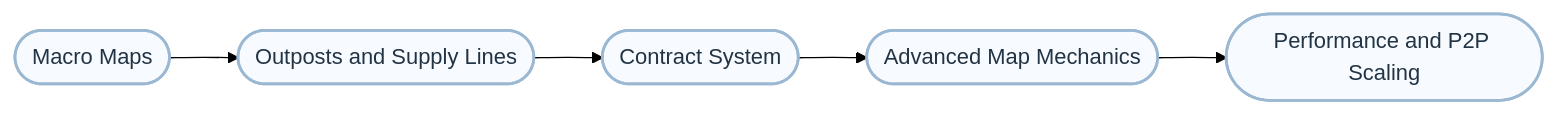
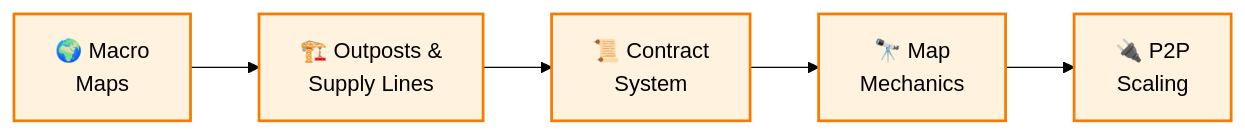
Before and after one commit to Bella-Addormentata/StarStationFurlong: the fifth of 6 diagrams in ROADMAP.md, drawn with Mermaid (forest theme). The commit also changed other lines of this file, not shown here.

Commit message:
style(roadmap): modernize visual design and improve readability

````diff
--- a/ROADMAP.md
+++ b/ROADMAP.md
@@ -130,8 +157,13 @@
 ```mermaid
-flowchart LR
-    classDef future fill:#f7fbff,stroke:#9bb8d3,stroke-width:2px,color:#234,rx:10px,ry:10px
-    A([Macro Maps]):::future --> B([Outposts and Supply Lines]):::future
-    B --> C([Contract System]):::future
-    C --> D([Advanced Map Mechanics]):::future
-    D --> E([Performance and P2P Scaling]):::future
+graph LR
+    A[🌍 Macro<br/>Maps] --> B[🏗️ Outposts &<br/>Supply Lines]
+    B --> C[📜 Contract<br/>System]
+    C --> D[🔭 Map<br/>Mechanics]
+    D --> E[🔌 P2P<br/>Scaling]
+    
+    style A fill:#fff3e0,stroke:#f57c00,stroke-width:2px
+    style B fill:#fff3e0,stroke:#f57c00,stroke-width:2px
+    style C fill:#fff3e0,stroke:#f57c00,stroke-width:2px
+    style D fill:#fff3e0,stroke:#f57c00,stroke-width:2px
+    style E fill:#fff3e0,stroke:#f57c00,stroke-width:2px
 ```
````
